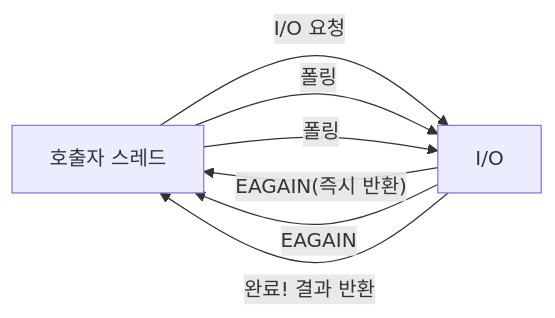
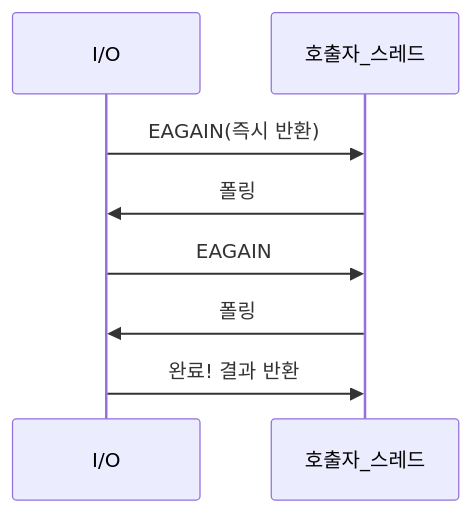
The second of 9 diagrams in _posts/server/2026-05-01-sync-async-block-nonblock.md (yjkim2015/yjkim2015.github.io), drawn with Mermaid before and after one commit. The commit also changed other lines of this file and 89 other files, not shown here.

First line of the commit message:
복잡한 flowchart 163개 → sequenceDiagram 변환 (90파일)

````diff
--- a/_posts/server/2026-05-01-sync-async-block-nonblock.md
+++ b/_posts/server/2026-05-01-sync-async-block-nonblock.md
@@ -90,9 +90,8 @@
 ```mermaid
-graph LR
-    T["호출자 스레드"] -->|"I/O 요청"| IO["I/O"]
-    IO -->|"EAGAIN(즉시 반환)"| T
-    T -->|"폴링"| IO
-    IO -->|"EAGAIN"| T
-    T -->|"폴링"| IO
-    IO -->|"완료! 결과 반환"| T
+sequenceDiagram
+    I/O->>호출자_스레드: EAGAIN(즉시 반환)
+    호출자_스레드->>I/O: 폴링
+    I/O->>호출자_스레드: EAGAIN
+    호출자_스레드->>I/O: 폴링
+    I/O->>호출자_스레드: 완료! 결과 반환
 ```
````
